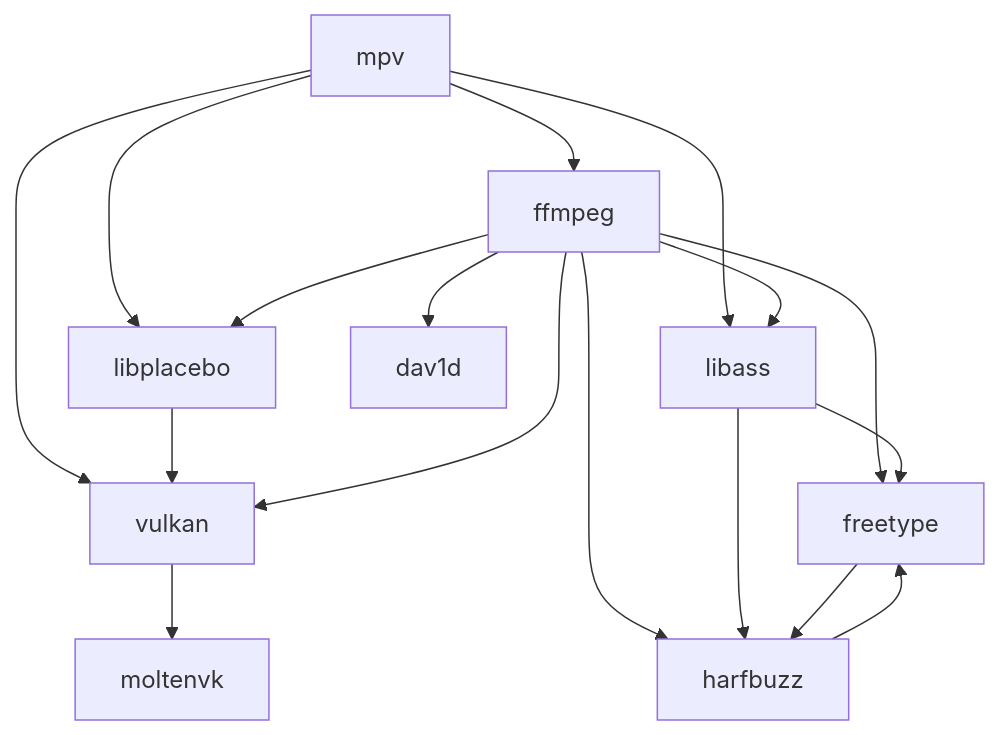
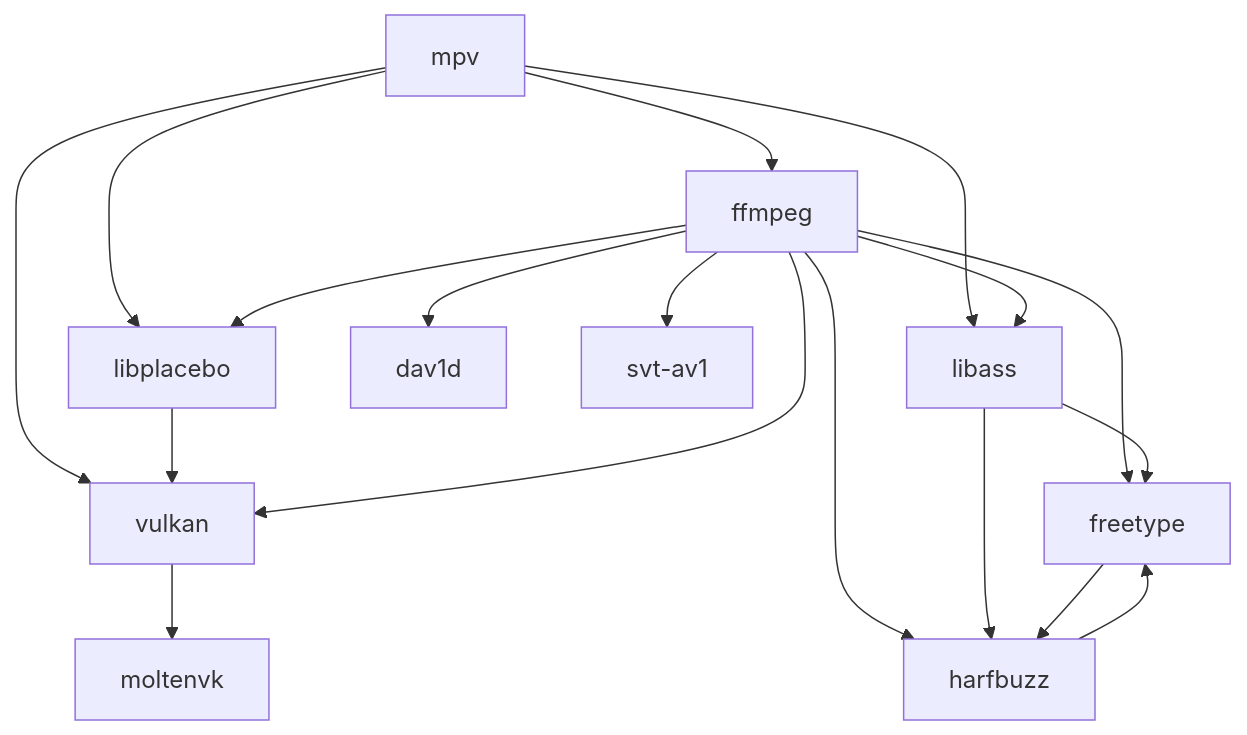
One commit to m154k1/mpv-build-macOS changed the diagram in README.md. Above: the diagram before and after it, drawn with Mermaid. The commit also changed other lines of this file and 2 other files, not shown here.

Commit message:
scripts: add build-svt-av1

````diff
--- a/README.md
+++ b/README.md
@@ -129,19 +136,20 @@
 ```mermaid
 graph TD;
    mpv-->ffmpeg;
    mpv-->libplacebo;
    mpv-->vulkan;
    mpv-->libass;
    libplacebo-->vulkan;
    vulkan-->moltenvk;
    ffmpeg-->libplacebo;
    ffmpeg-->vulkan;
    ffmpeg-->dav1d;
+   ffmpeg-->svt-av1;
    ffmpeg-->libass;
    ffmpeg-->freetype;
    ffmpeg-->harfbuzz;
    libass-->freetype;
    libass-->harfbuzz;
    freetype-->harfbuzz;
    harfbuzz-->freetype;
 ```
````
